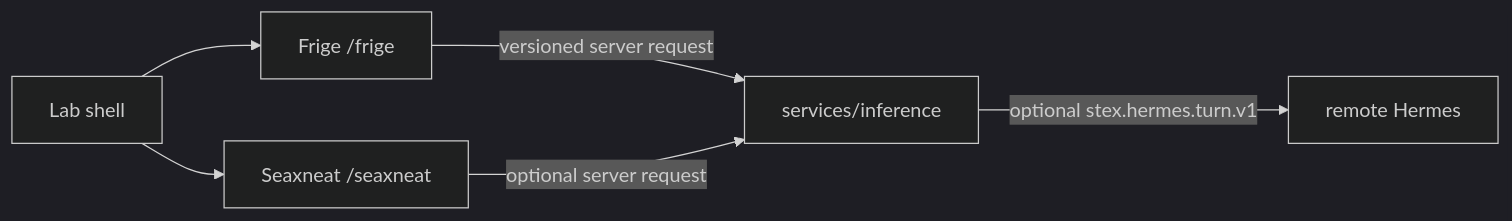
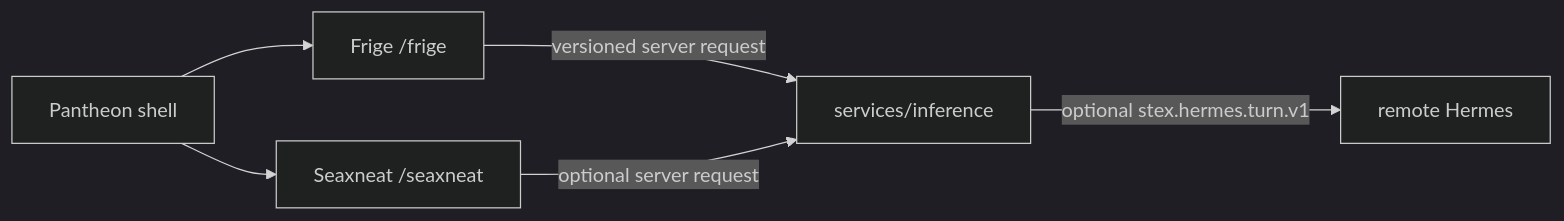
Before and after one commit to St-Expedite-Press/stex-suite: the diagram in docs/WHITEPAPER.md, drawn with Mermaid (dark theme). The commit also changed other lines of this file and 220 other files, not shown here.

````diff
--- a/docs/WHITEPAPER.md
+++ b/docs/WHITEPAPER.md
@@ -5,8 +5,8 @@
 ```mermaid
 flowchart LR
-  Shell[Lab shell] --> Frige[Frige /frige]
+  Shell[Pantheon shell] --> Frige[Frige /frige]
   Shell --> Seaxneat[Seaxneat /seaxneat]
   Frige -->|versioned server request| Gateway[services/inference]
   Seaxneat -->|optional server request| Gateway
   Gateway -->|optional stex.hermes.turn.v1| Hermes[remote Hermes]
 ```
````
